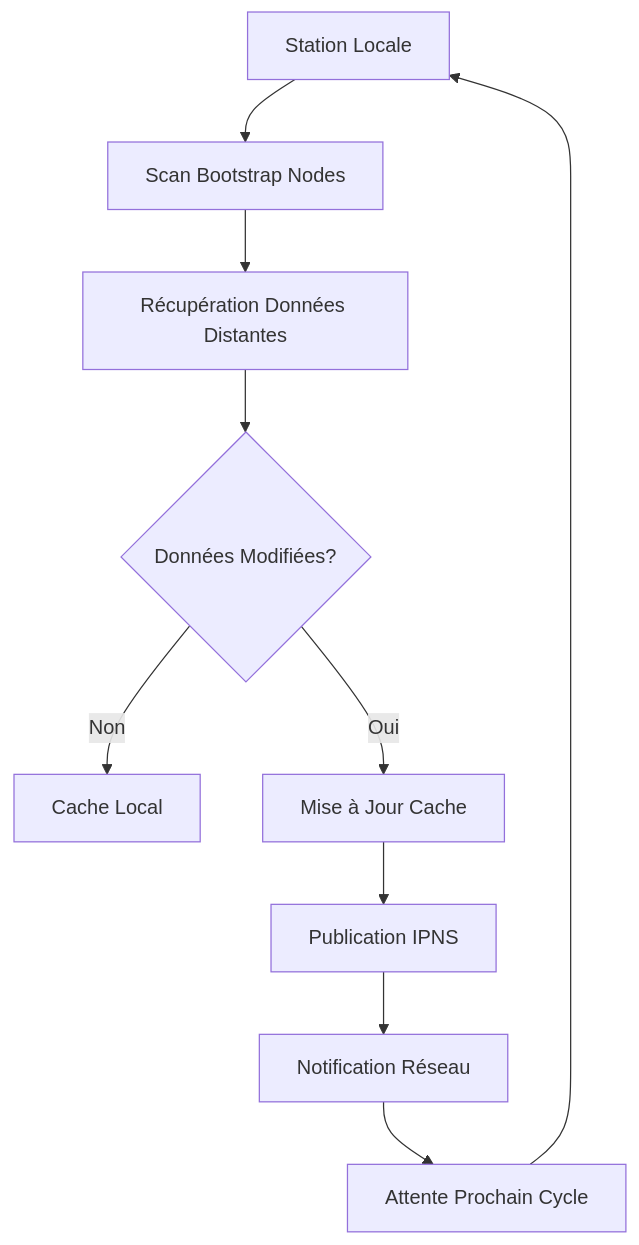
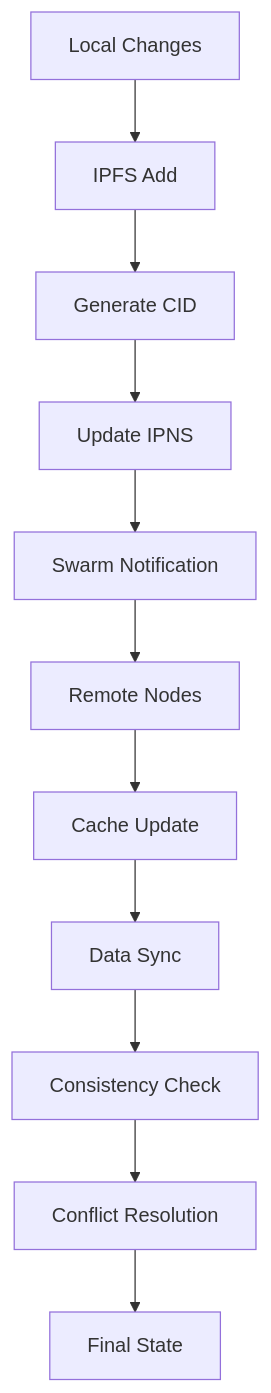
Before and after one commit to papiche/Astroport.ONE: diagram 11 of 11 in ARCHITECTURE.md, drawn with Mermaid. The commit also changed other lines of this file, not shown here.

````diff
--- a/ARCHITECTURE.md
+++ b/ARCHITECTURE.md
@@ -473,12 +643,13 @@
 ```mermaid
 graph TD
-    A[Station Locale] --> B[Scan Bootstrap Nodes]
-    B --> C[Récupération Données Distantes]
-    C --> D{Données Modifiées?}
-    D -->|Non| E[Cache Local]
-    D -->|Oui| F[Mise à Jour Cache]
-    F --> G[Publication IPNS]
-    G --> H[Notification Réseau]
-    H --> I[Attente Prochain Cycle]
-    I --> A
+    A[Local Changes] --> B[IPFS Add]
+    B --> C[Generate CID]
+    C --> D[Update IPNS]
+    D --> E[Swarm Notification]
+    E --> F[Remote Nodes]
+    F --> G[Cache Update]
+    G --> H[Data Sync]
+    H --> I[Consistency Check]
+    I --> J[Conflict Resolution]
+    J --> K[Final State]
 ```
````
